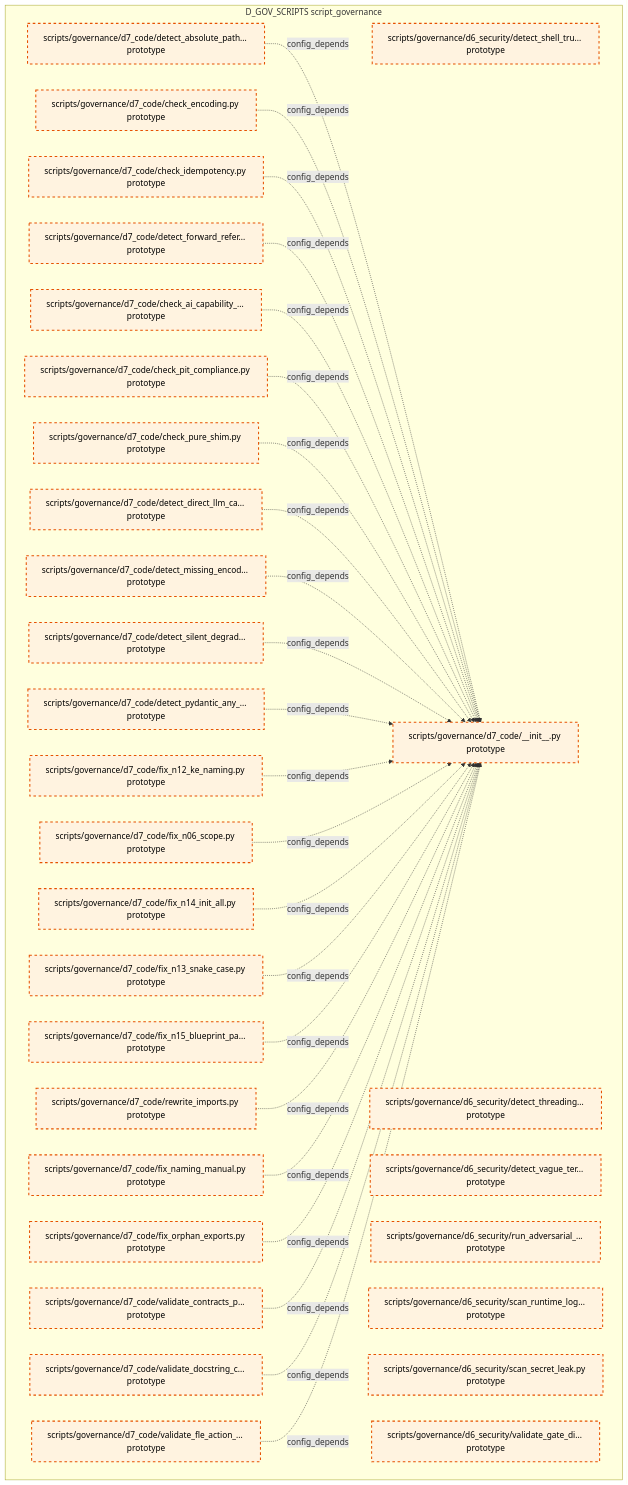
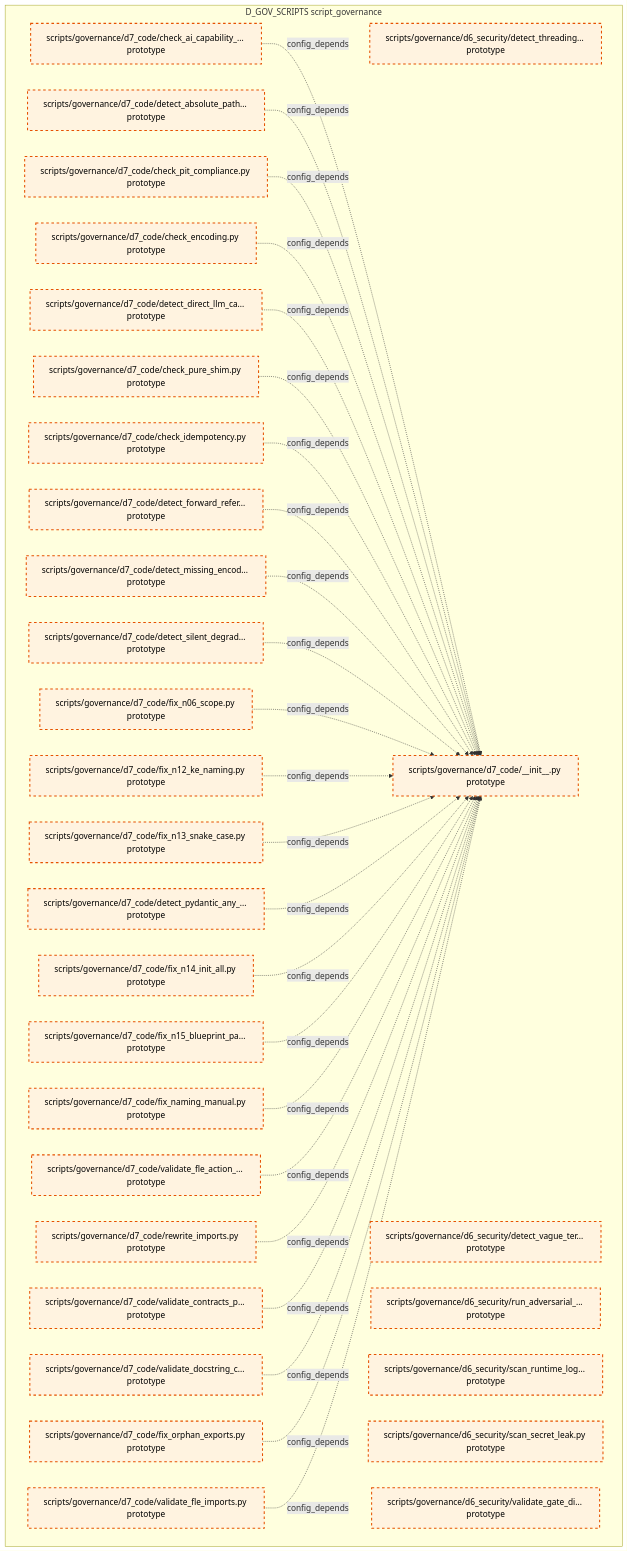
Before and after one commit to xuanFelixVan/ZephyrAlpha: the tenth of 15 diagrams in docs/02_enterprise_architecture/02_domain_architecture_docs/36_d_gov_scripts.md, drawn with Mermaid. The commit also changed other lines of this file and 99 other files, not shown here.

````diff
--- a/docs/02_enterprise_architecture/02_domain_architecture_docs/36_d_gov_scripts.md
+++ b/docs/02_enterprise_architecture/02_domain_architecture_docs/36_d_gov_scripts.md
@@ -694,62 +688,63 @@
 ```mermaid
 graph TD
     subgraph D_GOV_SCRIPTS["D_GOV_SCRIPTS script_governance"]
-        scripts_governance_d6_security_detect_shell_true_py["scripts/governance/d6_security/detect_shell_tru... prototype"]
         scripts_governance_d6_security_detect_threading_lock_py["scripts/governance/d6_security/detect_threading... prototype"]
         scripts_governance_d6_security_detect_vague_terms_py["scripts/governance/d6_security/detect_vague_ter... prototype"]
         scripts_governance_d6_security_run_adversarial_checks_py["scripts/governance/d6_security/run_adversarial_... prototype"]
         scripts_governance_d6_security_scan_runtime_log_secrets_py["scripts/governance/d6_security/scan_runtime_log... prototype"]
         scripts_governance_d6_security_scan_secret_leak_py["scripts/governance/d6_security/scan_secret_leak.py prototype"]
         scripts_governance_d6_security_validate_gate_discipline_py["scripts/governance/d6_security/validate_gate_di... prototype"]
         scripts_governance_d7_code_init_py["scripts/governance/d7_code/__init__.py prototype"]
         scripts_governance_d7_code_check_ai_capability_boundary_py["scripts/governance/d7_code/check_ai_capability_... prototype"]
         scripts_governance_d7_code_check_encoding_py["scripts/governance/d7_code/check_encoding.py prototype"]
         scripts_governance_d7_code_check_idempotency_py["scripts/governance/d7_code/check_idempotency.py prototype"]
         scripts_governance_d7_code_check_pit_compliance_py["scripts/governance/d7_code/check_pit_compliance.py prototype"]
         scripts_governance_d7_code_check_pure_shim_py["scripts/governance/d7_code/check_pure_shim.py prototype"]
         scripts_governance_d7_code_detect_absolute_path_hardcoding_py["scripts/governance/d7_code/detect_absolute_path... prototype"]
         scripts_governance_d7_code_detect_direct_llm_calls_py["scripts/governance/d7_code/detect_direct_llm_ca... prototype"]
         scripts_governance_d7_code_detect_forward_reference_py["scripts/governance/d7_code/detect_forward_refer... prototype"]
         scripts_governance_d7_code_detect_missing_encoding_py["scripts/governance/d7_code/detect_missing_encod... prototype"]
         scripts_governance_d7_code_detect_pydantic_any_fields_py["scripts/governance/d7_code/detect_pydantic_any_... prototype"]
         scripts_governance_d7_code_detect_silent_degradation_py["scripts/governance/d7_code/detect_silent_degrad... prototype"]
         scripts_governance_d7_code_fix_n06_scope_py["scripts/governance/d7_code/fix_n06_scope.py prototype"]
         scripts_governance_d7_code_fix_n12_ke_naming_py["scripts/governance/d7_code/fix_n12_ke_naming.py prototype"]
         scripts_governance_d7_code_fix_n13_snake_case_py["scripts/governance/d7_code/fix_n13_snake_case.py prototype"]
         scripts_governance_d7_code_fix_n14_init_all_py["scripts/governance/d7_code/fix_n14_init_all.py prototype"]
         scripts_governance_d7_code_fix_n15_blueprint_path_py["scripts/governance/d7_code/fix_n15_blueprint_pa... prototype"]
         scripts_governance_d7_code_fix_naming_manual_py["scripts/governance/d7_code/fix_naming_manual.py prototype"]
         scripts_governance_d7_code_fix_orphan_exports_py["scripts/governance/d7_code/fix_orphan_exports.py prototype"]
         scripts_governance_d7_code_rewrite_imports_py["scripts/governance/d7_code/rewrite_imports.py prototype"]
         scripts_governance_d7_code_validate_contracts_purity_py["scripts/governance/d7_code/validate_contracts_p... prototype"]
         scripts_governance_d7_code_validate_docstring_coverage_py["scripts/governance/d7_code/validate_docstring_c... prototype"]
         scripts_governance_d7_code_validate_fle_action_metadata_py["scripts/governance/d7_code/validate_fle_action_... prototype"]
+        scripts_governance_d7_code_validate_fle_imports_py["scripts/governance/d7_code/validate_fle_imports.py prototype"]
     end
+    scripts_governance_d7_code_check_ai_capability_boundary_py -.->|config_depends| scripts_governance_d7_code_init_py
     scripts_governance_d7_code_detect_absolute_path_hardcoding_py -.->|config_depends| scripts_governance_d7_code_init_py
+    scripts_governance_d7_code_check_pit_compliance_py -.->|config_depends| scripts_governance_d7_code_init_py
     scripts_governance_d7_code_check_encoding_py -.->|config_depends| scripts_governance_d7_code_init_py
+    scripts_governance_d7_code_detect_direct_llm_calls_py -.->|config_depends| scripts_governance_d7_code_init_py
+    scripts_governance_d7_code_check_pure_shim_py -.->|config_depends| scripts_governance_d7_code_init_py
     scripts_governance_d7_code_check_idempotency_py -.->|config_depends| scripts_governance_d7_code_init_py
     scripts_governance_d7_code_detect_forward_reference_py -.->|config_depends| scripts_governance_d7_code_init_py
-    scripts_governance_d7_code_check_ai_capability_boundary_py -.->|config_depends| scripts_governance_d7_code_init_py
-    scripts_governance_d7_code_check_pit_compliance_py -.->|config_depends| scripts_governance_d7_code_init_py
-    scripts_governance_d7_code_check_pure_shim_py -.->|config_depends| scripts_governance_d7_code_init_py
-    scripts_governance_d7_code_detect_direct_llm_calls_py -.->|config_depends| scripts_governance_d7_code_init_py
     scripts_governance_d7_code_detect_missing_encoding_py -.->|config_depends| scripts_governance_d7_code_init_py
     scripts_governance_d7_code_detect_silent_degradation_py -.->|config_depends| scripts_governance_d7_code_init_py
+    scripts_governance_d7_code_fix_n06_scope_py -.->|config_depends| scripts_governance_d7_code_init_py
+    scripts_governance_d7_code_fix_n12_ke_naming_py -.->|config_depends| scripts_governance_d7_code_init_py
+    scripts_governance_d7_code_fix_n13_snake_case_py -.->|config_depends| scripts_governance_d7_code_init_py
     scripts_governance_d7_code_detect_pydantic_any_fields_py -.->|config_depends| scripts_governance_d7_code_init_py
-    scripts_governance_d7_code_fix_n12_ke_naming_py -.->|config_depends| scripts_governance_d7_code_init_py
-    scripts_governance_d7_code_fix_n06_scope_py -.->|config_depends| scripts_governance_d7_code_init_py
     scripts_governance_d7_code_fix_n14_init_all_py -.->|config_depends| scripts_governance_d7_code_init_py
-    scripts_governance_d7_code_fix_n13_snake_case_py -.->|config_depends| scripts_governance_d7_code_init_py
     scripts_governance_d7_code_fix_n15_blueprint_path_py -.->|config_depends| scripts_governance_d7_code_init_py
+    scripts_governance_d7_code_fix_naming_manual_py -.->|config_depends| scripts_governance_d7_code_init_py
+    scripts_governance_d7_code_validate_fle_action_metadata_py -.->|config_depends| scripts_governance_d7_code_init_py
     scripts_governance_d7_code_rewrite_imports_py -.->|config_depends| scripts_governance_d7_code_init_py
-    scripts_governance_d7_code_fix_naming_manual_py -.->|config_depends| scripts_governance_d7_code_init_py
-    scripts_governance_d7_code_fix_orphan_exports_py -.->|config_depends| scripts_governance_d7_code_init_py
     scripts_governance_d7_code_validate_contracts_purity_py -.->|config_depends| scripts_governance_d7_code_init_py
     scripts_governance_d7_code_validate_docstring_coverage_py -.->|config_depends| scripts_governance_d7_code_init_py
-    scripts_governance_d7_code_validate_fle_action_metadata_py -.->|config_depends| scripts_governance_d7_code_init_py
+    scripts_governance_d7_code_fix_orphan_exports_py -.->|config_depends| scripts_governance_d7_code_init_py
+    scripts_governance_d7_code_validate_fle_imports_py -.->|config_depends| scripts_governance_d7_code_init_py
     classDef production fill:#e1f5fe,stroke:#01579b,stroke-width:2px,color:#000
     classDef design fill:#fff3e0,stroke:#e65100,stroke-width:2px,color:#000,stroke-dasharray: 5 5
     classDef external_prod fill:#e8f5e9,stroke:#1b5e20,stroke-width:1px,color:#000
     classDef external_design fill:#fce4ec,stroke:#880e4f,stroke-width:1px,color:#000,stroke-dasharray: 5 5
-    class scripts_governance_d6_security_detect_shell_true_py,scripts_governance_d6_security_detect_threading_lock_py,scripts_governance_d6_security_detect_vague_terms_py,scripts_governance_d6_security_run_adversarial_checks_py,scripts_governance_d6_security_scan_runtime_log_secrets_py,scripts_governance_d6_security_scan_secret_leak_py,scripts_governance_d6_security_validate_gate_discipline_py,scripts_governance_d7_code_init_py,scripts_governance_d7_code_check_ai_capability_boundary_py,scripts_governance_d7_code_check_encoding_py,scripts_governance_d7_code_check_idempotency_py,scripts_governance_d7_code_check_pit_compliance_py,scripts_governance_d7_code_check_pure_shim_py,scripts_governance_d7_code_detect_absolute_path_hardcoding_py,scripts_governance_d7_code_detect_direct_llm_calls_py,scripts_governance_d7_code_detect_forward_reference_py,scripts_governance_d7_code_detect_missing_encoding_py,scripts_governance_d7_code_detect_pydantic_any_fields_py,scripts_governance_d7_code_detect_silent_degradation_py,scripts_governance_d7_code_fix_n06_scope_py,scripts_governance_d7_code_fix_n12_ke_naming_py,scripts_governance_d7_code_fix_n13_snake_case_py,scripts_governance_d7_code_fix_n14_init_all_py,scripts_governance_d7_code_fix_n15_blueprint_path_py,scripts_governance_d7_code_fix_naming_manual_py,scripts_governance_d7_code_fix_orphan_exports_py,scripts_governance_d7_code_rewrite_imports_py,scripts_governance_d7_code_validate_contracts_purity_py,scripts_governance_d7_code_validate_docstring_coverage_py,scripts_governance_d7_code_validate_fle_action_metadata_py design
+    class scripts_governance_d6_security_detect_threading_lock_py,scripts_governance_d6_security_detect_vague_terms_py,scripts_governance_d6_security_run_adversarial_checks_py,scripts_governance_d6_security_scan_runtime_log_secrets_py,scripts_governance_d6_security_scan_secret_leak_py,scripts_governance_d6_security_validate_gate_discipline_py,scripts_governance_d7_code_init_py,scripts_governance_d7_code_check_ai_capability_boundary_py,scripts_governance_d7_code_check_encoding_py,scripts_governance_d7_code_check_idempotency_py,scripts_governance_d7_code_check_pit_compliance_py,scripts_governance_d7_code_check_pure_shim_py,scripts_governance_d7_code_detect_absolute_path_hardcoding_py,scripts_governance_d7_code_detect_direct_llm_calls_py,scripts_governance_d7_code_detect_forward_reference_py,scripts_governance_d7_code_detect_missing_encoding_py,scripts_governance_d7_code_detect_pydantic_any_fields_py,scripts_governance_d7_code_detect_silent_degradation_py,scripts_governance_d7_code_fix_n06_scope_py,scripts_governance_d7_code_fix_n12_ke_naming_py,scripts_governance_d7_code_fix_n13_snake_case_py,scripts_governance_d7_code_fix_n14_init_all_py,scripts_governance_d7_code_fix_n15_blueprint_path_py,scripts_governance_d7_code_fix_naming_manual_py,scripts_governance_d7_code_fix_orphan_exports_py,scripts_governance_d7_code_rewrite_imports_py,scripts_governance_d7_code_validate_contracts_purity_py,scripts_governance_d7_code_validate_docstring_coverage_py,scripts_governance_d7_code_validate_fle_action_metadata_py,scripts_governance_d7_code_validate_fle_imports_py design
 ```
````
